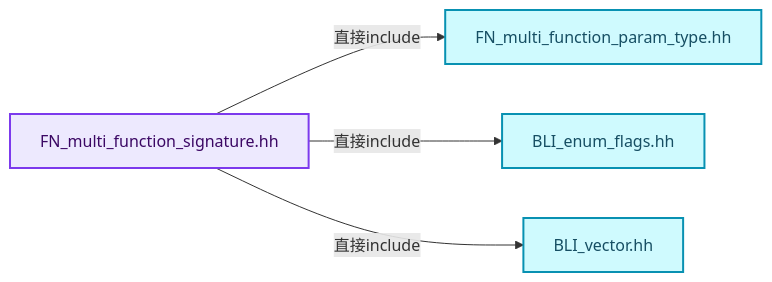
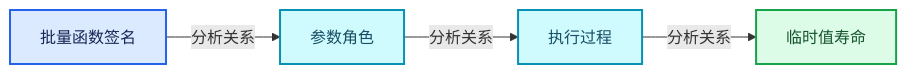
The third of 4 diagrams in 杂/markdown/全面学习-codex/07-MultiFunction与批量执行/02-函数签名.md (yunkezengren/blender-.vscode), drawn with Mermaid before and after one commit. The commit also changed other lines of this file and 1930 other files, not shown here.

````diff
--- a/杂/markdown/全面学习-codex/07-MultiFunction与批量执行/02-函数签名.md
+++ b/杂/markdown/全面学习-codex/07-MultiFunction与批量执行/02-函数签名.md
@@ -85,16 +69,16 @@
 ```mermaid
 flowchart LR
-  S["FN_multi_function_signature.hh"]:::abstraction
-  I0["FN_multi_function_param_type.hh"]:::data
-  I1["BLI_enum_flags.hh"]:::data
-  I2["BLI_vector.hh"]:::data
-  S -->|"直接include"| I0
-  S -->|"直接include"| I1
-  S -->|"直接include"| I2
+  P0["批量函数签名"]:::input
+  P1["参数角色"]:::data
+  P2["执行过程"]:::data
+  P3["临时值寿命"]:::result
+  P0 -->|"分析关系"| P1
+  P1 -->|"分析关系"| P2
+  P2 -->|"分析关系"| P3
   classDef input fill:#DBEAFE,stroke:#2563EB,color:#172554,stroke-width:2px;
   classDef data fill:#CFFAFE,stroke:#0891B2,color:#164E63,stroke-width:2px;
   classDef abstraction fill:#EDE9FE,stroke:#7C3AED,color:#3B0764,stroke-width:2px;
   classDef compute fill:#FEF3C7,stroke:#D97706,color:#78350F,stroke-width:2px;
   classDef result fill:#DCFCE7,stroke:#16A34A,color:#14532D,stroke-width:2px;
   classDef error fill:#FEE2E2,stroke:#DC2626,color:#7F1D1D,stroke-width:2px;
 ```
````
